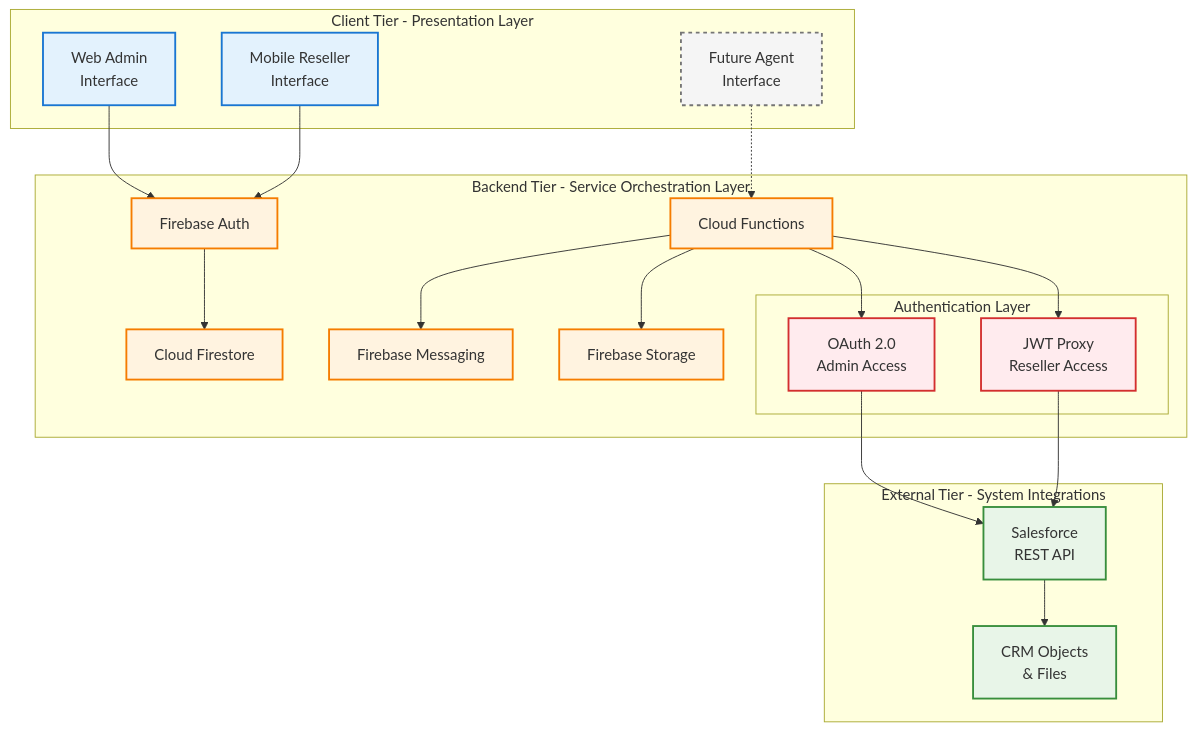
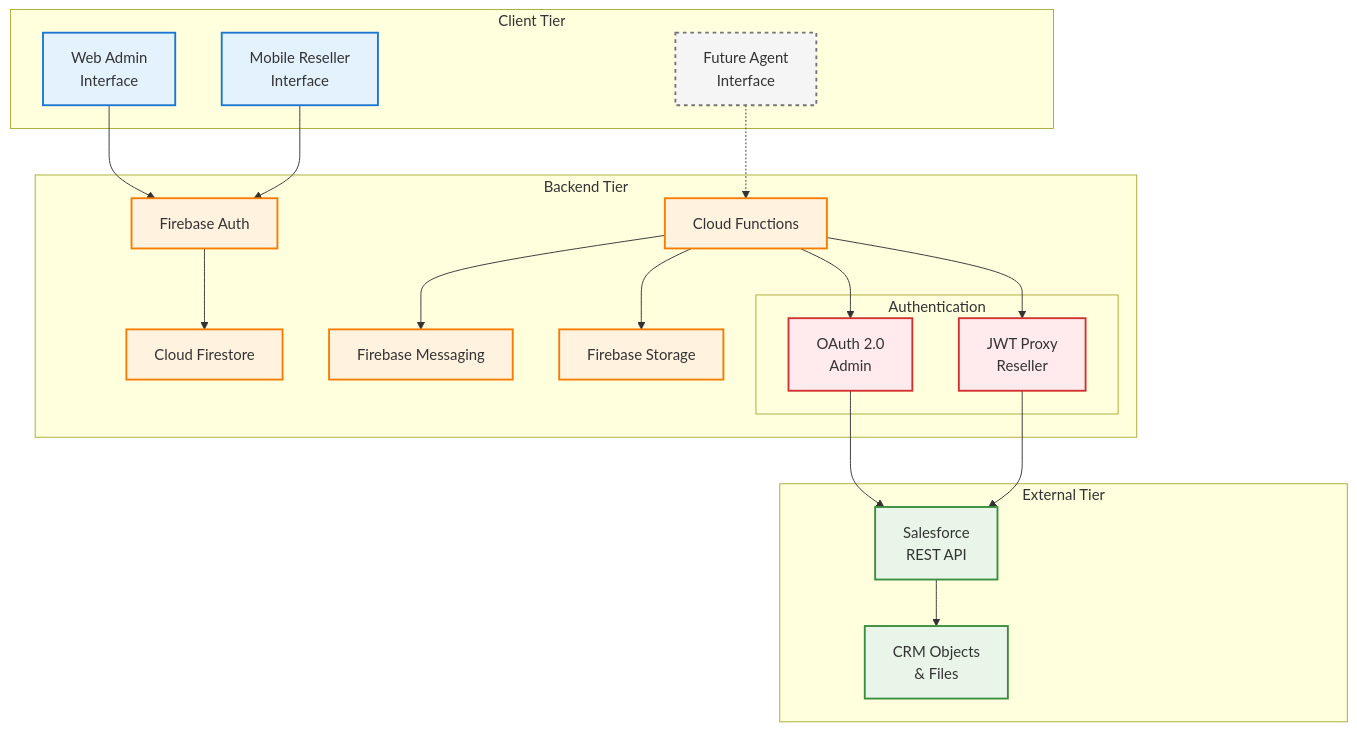
Before and after one commit to rodrigocastrolima/twogetherapp: the diagram in docs/twogether_architecture_diagram.md, drawn with Mermaid.

Commit message:
diagram v5

````diff
--- a/docs/twogether_architecture_diagram.md
+++ b/docs/twogether_architecture_diagram.md
@@ -5,55 +5,67 @@
 ```mermaid
 graph TD
-    subgraph Client["Client Tier - Presentation Layer"]
+    subgraph Client["Client Tier"]
         A["Web Admin<br/>Interface"] 
         B["Mobile Reseller<br/>Interface"]
         C["Future Agent<br/>Interface"]
+        ClientSpacer1[" "]
+        ClientSpacer2[" "]
     end
     
-    subgraph Backend["Backend Tier - Service Orchestration Layer"]
+    subgraph Backend["Backend Tier"]
         D["Firebase Auth"]
         E["Cloud Firestore"]
         F["Firebase Storage"] 
         G["Cloud Functions"]
         H["Firebase Messaging"]
         
-        subgraph Auth["Authentication Layer"]
-            I["OAuth 2.0<br/>Admin Access"]
-            J["JWT Proxy<br/>Reseller Access"]
+        subgraph Auth["Authentication"]
+            I["OAuth 2.0<br/>Admin"]
+            J["JWT Proxy<br/>Reseller"]
         end
     end
     
-    subgraph External["External Tier - System Integrations"]
+    subgraph External["External Tier"]
         K["Salesforce<br/>REST API"]
         L["CRM Objects<br/>& Files"]
+        ExtSpacer1[" "]
+        ExtSpacer2[" "]
+        ExtSpacer3[" "]
     end
     
     %% Connections - Clean Hierarchy
     A --> D
     B --> D
     C -.-> G
     
     D --> E
     G --> H
     G --> F
     
     G --> I
     G --> J
     I --> K
     J --> K
     K --> L
     
     %% Clean Professional Styling
     style A fill:#e3f2fd,stroke:#1976d2,stroke-width:2px
     style B fill:#e3f2fd,stroke:#1976d2,stroke-width:2px
     style C fill:#f5f5f5,stroke:#757575,stroke-width:2px,stroke-dasharray:4 4
     style D fill:#fff3e0,stroke:#f57c00,stroke-width:2px
     style E fill:#fff3e0,stroke:#f57c00,stroke-width:2px
     style F fill:#fff3e0,stroke:#f57c00,stroke-width:2px
     style G fill:#fff3e0,stroke:#f57c00,stroke-width:2px
     style H fill:#fff3e0,stroke:#f57c00,stroke-width:2px
     style I fill:#ffebee,stroke:#d32f2f,stroke-width:2px
     style J fill:#ffebee,stroke:#d32f2f,stroke-width:2px
     style K fill:#e8f5e8,stroke:#388e3c,stroke-width:2px
     style L fill:#e8f5e8,stroke:#388e3c,stroke-width:2px
+    
+    %% Hide spacer nodes
+    style ClientSpacer1 fill:transparent,stroke:transparent
+    style ClientSpacer2 fill:transparent,stroke:transparent
+    style ExtSpacer1 fill:transparent,stroke:transparent
+    style ExtSpacer2 fill:transparent,stroke:transparent
+    style ExtSpacer3 fill:transparent,stroke:transparent
 ```
````
